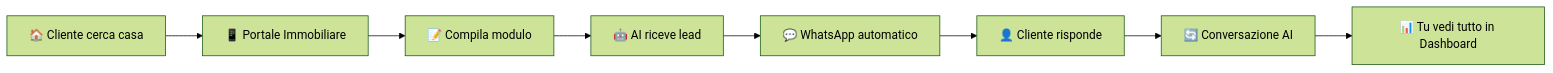
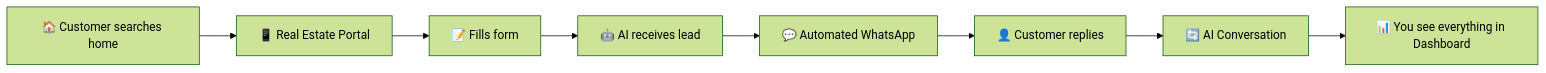
The first of 2 diagrams in docs/customer-flow.md (alberto591/ai-automation-agency), drawn with Mermaid (forest theme) before and after one commit. The commit also changed other lines of this file and 10 other files, not shown here.

````diff
--- a/docs/customer-flow.md
+++ b/docs/customer-flow.md
@@ -5,10 +1,10 @@
 ```mermaid
 flowchart LR
-    A[🏠 Cliente cerca casa] --> B[📱 Portale Immobiliare]
-    B --> C[📝 Compila modulo]
-    C --> D[🤖 AI riceve lead]
-    D --> E[💬 WhatsApp automatico]
-    E --> F[👤 Cliente risponde]
-    F --> G[🔄 Conversazione AI]
-    G --> H[📊 Tu vedi tutto in Dashboard]
+    A[🏠 Customer searches home] --> B[📱 Real Estate Portal]
+    B --> C[📝 Fills form]
+    C --> D[🤖 AI receives lead]
+    D --> E[💬 Automated WhatsApp]
+    E --> F[👤 Customer replies]
+    F --> G[🔄 AI Conversation]
+    G --> H[📊 You see everything in Dashboard]
 ```
````
